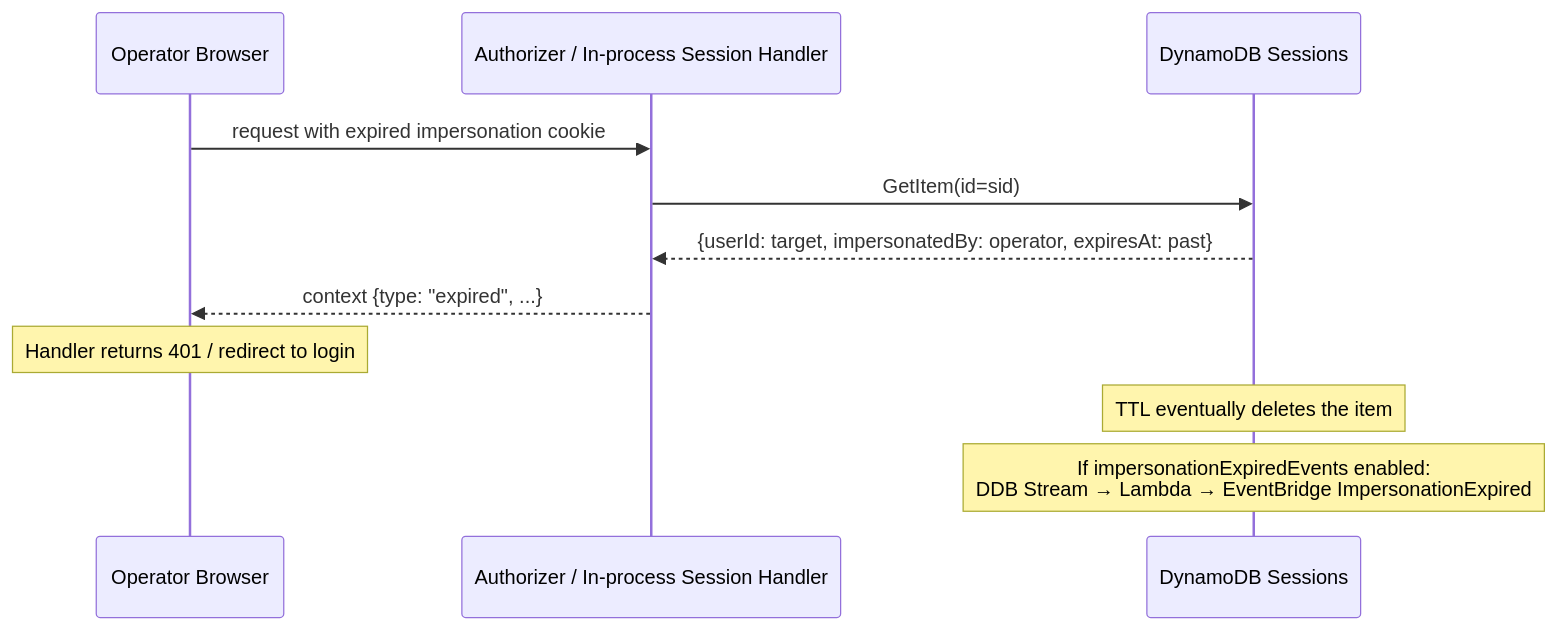
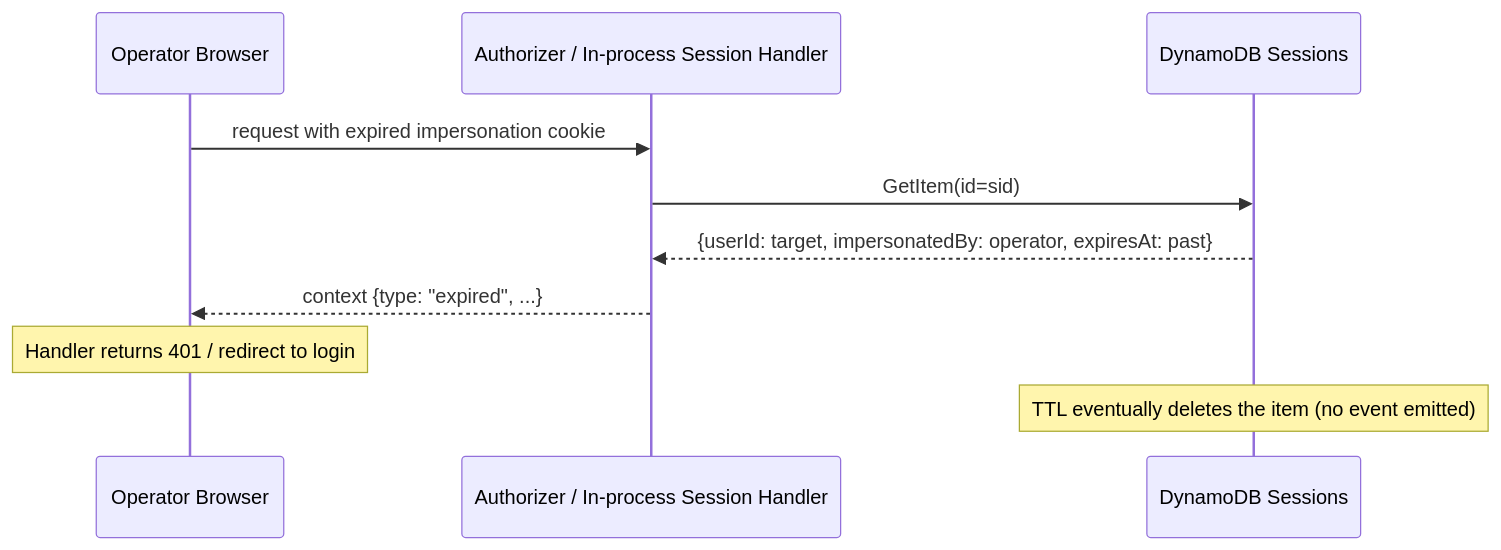
Before and after one commit to BeeSolve/packages: the fourth of 4 diagrams in .kiro/plans/auth-impersonation.md, drawn with Mermaid. The commit also changed other lines of this file and 1 other file, not shown here.

Commit message:
add adr-012 for impersonation session preservation; reconcile plan

````diff
--- a/.kiro/plans/auth-impersonation.md
+++ b/.kiro/plans/auth-impersonation.md
@@ -391,14 +383,13 @@
 ```mermaid
 sequenceDiagram
     participant Browser as Operator Browser
     participant Auth as Authorizer / In-process Session Handler
     participant DDB as DynamoDB Sessions
 
     Browser->>Auth: request with expired impersonation cookie
     Auth->>DDB: GetItem(id=sid)
     DDB-->>Auth: {userId: target, impersonatedBy: operator, expiresAt: past}
     Auth-->>Browser: context {type: "expired", ...}
     Note over Browser: Handler returns 401 / redirect to login
-    Note over DDB: TTL eventually deletes the item
-    Note over DDB: If impersonationExpiredEvents enabled:<br/>DDB Stream → Lambda → EventBridge ImpersonationExpired
+    Note over DDB: TTL eventually deletes the item (no event emitted)
 ```
````
